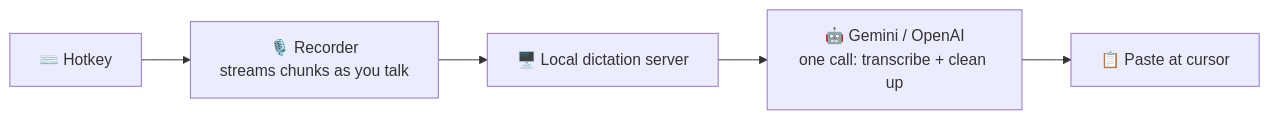
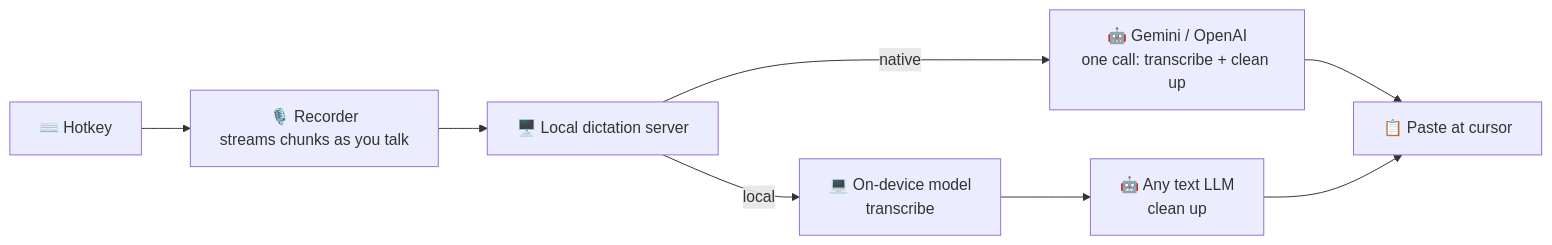
Before and after one commit to GavinMo1/speakmore: the diagram in README.md, drawn with Mermaid. The commit also changed other lines of this file and 8 other files, not shown here.

````diff
--- a/README.md
+++ b/README.md
@@ -91,7 +91,10 @@
 ```mermaid
 flowchart LR
   A["⌨️ Hotkey"] --> B["🎙️ Recorder<br/>streams chunks as you talk"]
   B --> C["🖥️ Local dictation server"]
-  C --> D["🤖 Gemini / OpenAI<br/>one call: transcribe + clean up"]
+  C -- native --> D["🤖 Gemini / OpenAI<br/>one call: transcribe + clean up"]
+  C -- local --> L["💻 On-device model<br/>transcribe"]
+  L --> P["🤖 Any text LLM<br/>clean up"]
   D --> E["📋 Paste at cursor"]
+  P --> E
 ```
````
